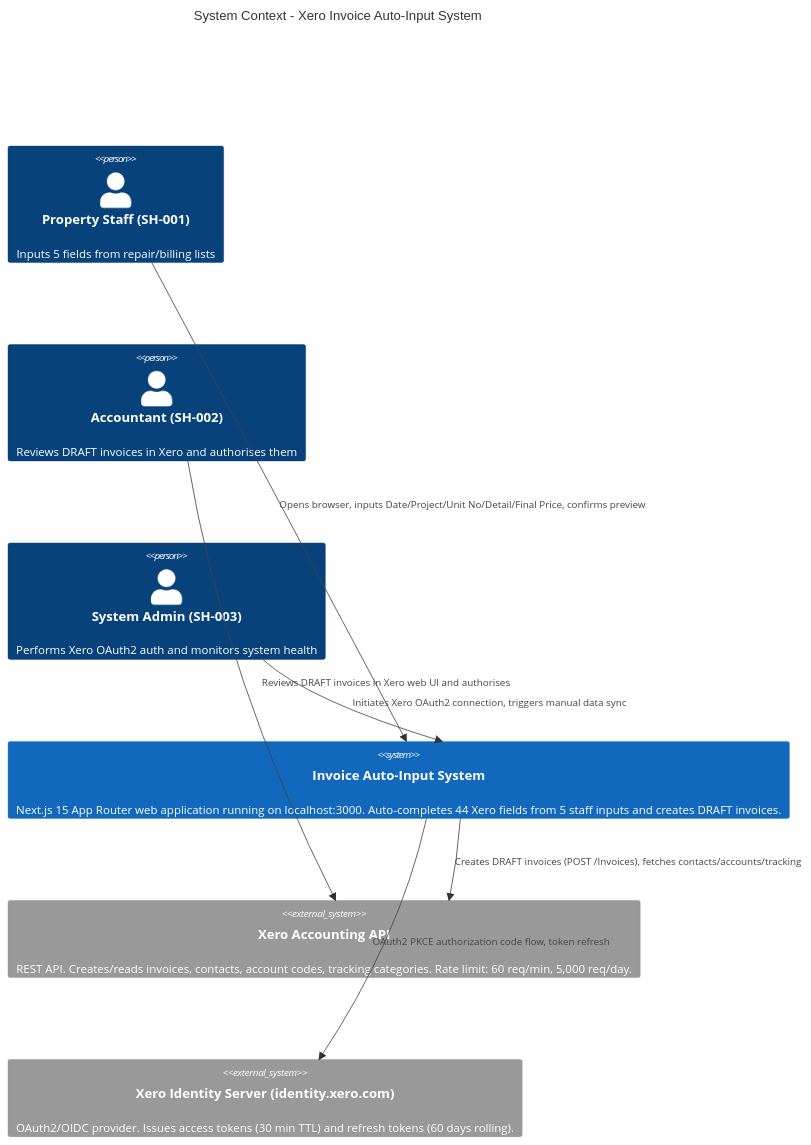
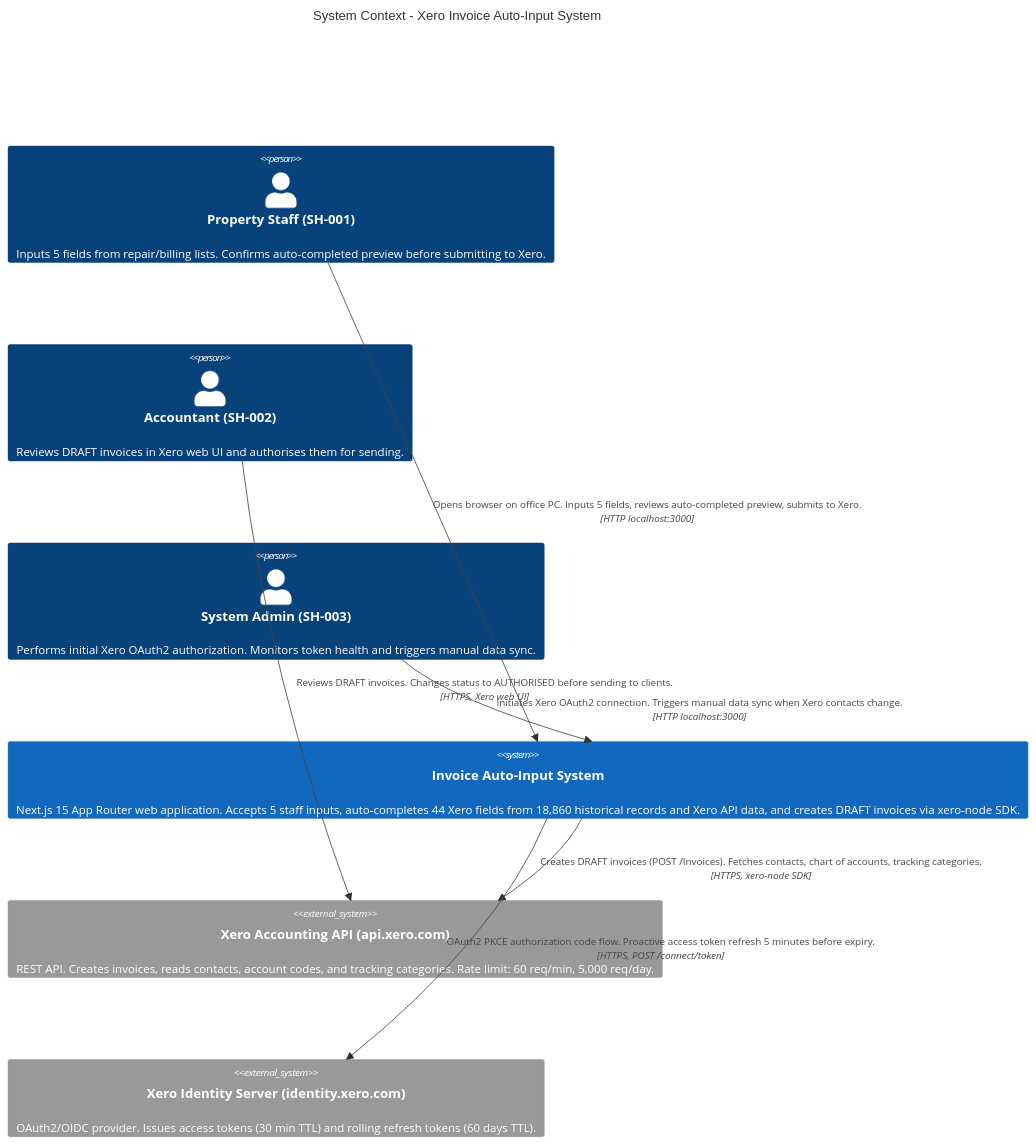
The first of 10 diagrams in .kiro/specs/xero-invoice-auto-input/design.md (happyhappy20180403/invoice-system-20260309), drawn with Mermaid before and after one commit. The commit also changed other lines of this file and 7 other files, not shown here.

````diff
--- a/.kiro/specs/xero-invoice-auto-input/design.md
+++ b/.kiro/specs/xero-invoice-auto-input/design.md
@@ -60,19 +86,19 @@
 ```mermaid
 C4Context
   title System Context - Xero Invoice Auto-Input System
 
-  Person(staff, "Property Staff (SH-001)", "Inputs 5 fields from repair/billing lists")
-  Person(accountant, "Accountant (SH-002)", "Reviews DRAFT invoices in Xero and authorises them")
-  Person(admin, "System Admin (SH-003)", "Performs Xero OAuth2 auth and monitors system health")
+  Person(staff, "Property Staff (SH-001)", "Inputs 5 fields from repair/billing lists. Confirms auto-completed preview before submitting to Xero.")
+  Person(accountant, "Accountant (SH-002)", "Reviews DRAFT invoices in Xero web UI and authorises them for sending.")
+  Person(admin, "System Admin (SH-003)", "Performs initial Xero OAuth2 authorization. Monitors token health and triggers manual data sync.")
 
-  System(invoiceApp, "Invoice Auto-Input System", "Next.js 15 App Router web application running on localhost:3000. Auto-completes 44 Xero fields from 5 staff inputs and creates DRAFT invoices.")
+  System(invoiceApp, "Invoice Auto-Input System", "Next.js 15 App Router web application. Accepts 5 staff inputs, auto-completes 44 Xero fields from 18,860 historical records and Xero API data, and creates DRAFT invoices via xero-node SDK.")
 
-  System_Ext(xeroAccounting, "Xero Accounting API", "REST API. Creates/reads invoices, contacts, account codes, tracking categories. Rate limit: 60 req/min, 5,000 req/day.")
-  System_Ext(xeroIdentity, "Xero Identity Server (identity.xero.com)", "OAuth2/OIDC provider. Issues access tokens (30 min TTL) and refresh tokens (60 days rolling).")
+  System_Ext(xeroAccounting, "Xero Accounting API (api.xero.com)", "REST API. Creates invoices, reads contacts, account codes, and tracking categories. Rate limit: 60 req/min, 5,000 req/day.")
+  System_Ext(xeroIdentity, "Xero Identity Server (identity.xero.com)", "OAuth2/OIDC provider. Issues access tokens (30 min TTL) and rolling refresh tokens (60 days TTL).")
 
-  Rel(staff, invoiceApp, "Opens browser, inputs Date/Project/Unit No/Detail/Final Price, confirms preview")
-  Rel(admin, invoiceApp, "Initiates Xero OAuth2 connection, triggers manual data sync")
-  Rel(accountant, xeroAccounting, "Reviews DRAFT invoices in Xero web UI and authorises")
-  Rel(invoiceApp, xeroAccounting, "Creates DRAFT invoices (POST /Invoices), fetches contacts/accounts/tracking")
-  Rel(invoiceApp, xeroIdentity, "OAuth2 PKCE authorization code flow, token refresh")
+  Rel(staff, invoiceApp, "Opens browser on office PC. Inputs 5 fields, reviews auto-completed preview, submits to Xero.", "HTTP localhost:3000")
+  Rel(admin, invoiceApp, "Initiates Xero OAuth2 connection. Triggers manual data sync when Xero contacts change.", "HTTP localhost:3000")
+  Rel(accountant, xeroAccounting, "Reviews DRAFT invoices. Changes status to AUTHORISED before sending to clients.", "HTTPS, Xero web UI")
+  Rel(invoiceApp, xeroAccounting, "Creates DRAFT invoices (POST /Invoices). Fetches contacts, chart of accounts, tracking categories.", "HTTPS, xero-node SDK")
+  Rel(invoiceApp, xeroIdentity, "OAuth2 PKCE authorization code flow. Proactive access token refresh 5 minutes before expiry.", "HTTPS, POST /connect/token")
 ```
````
